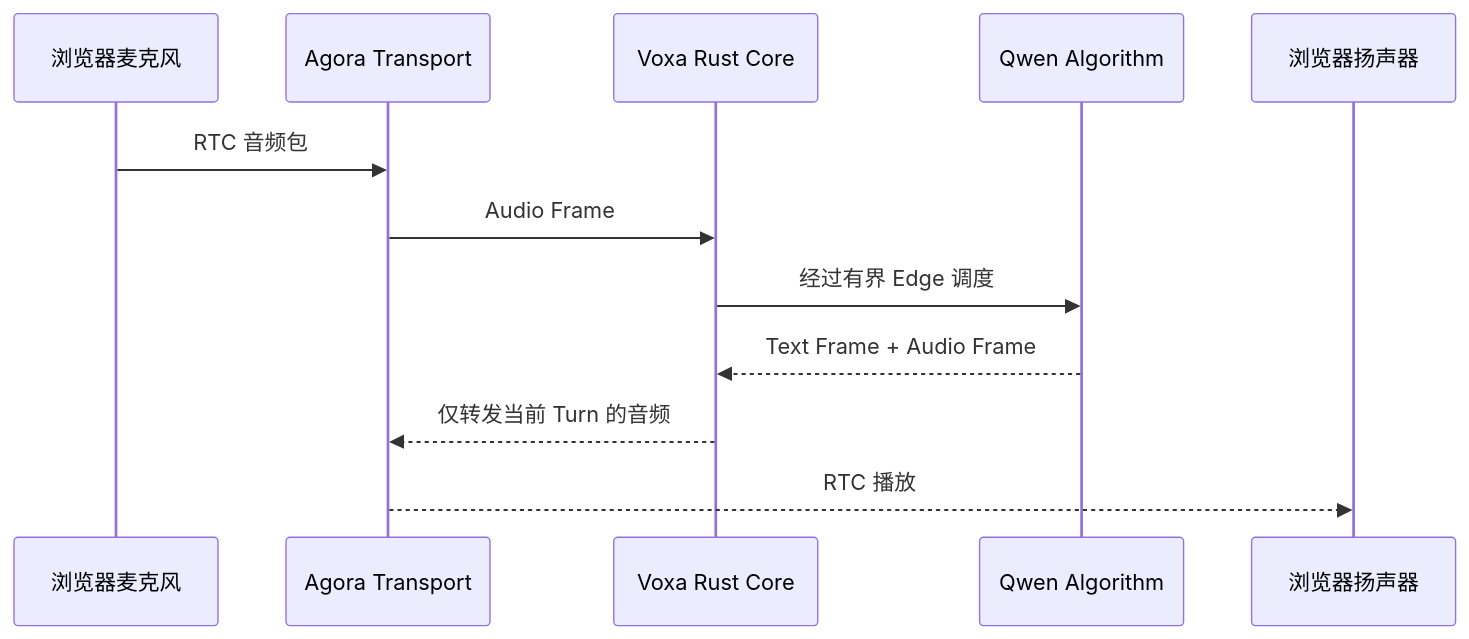
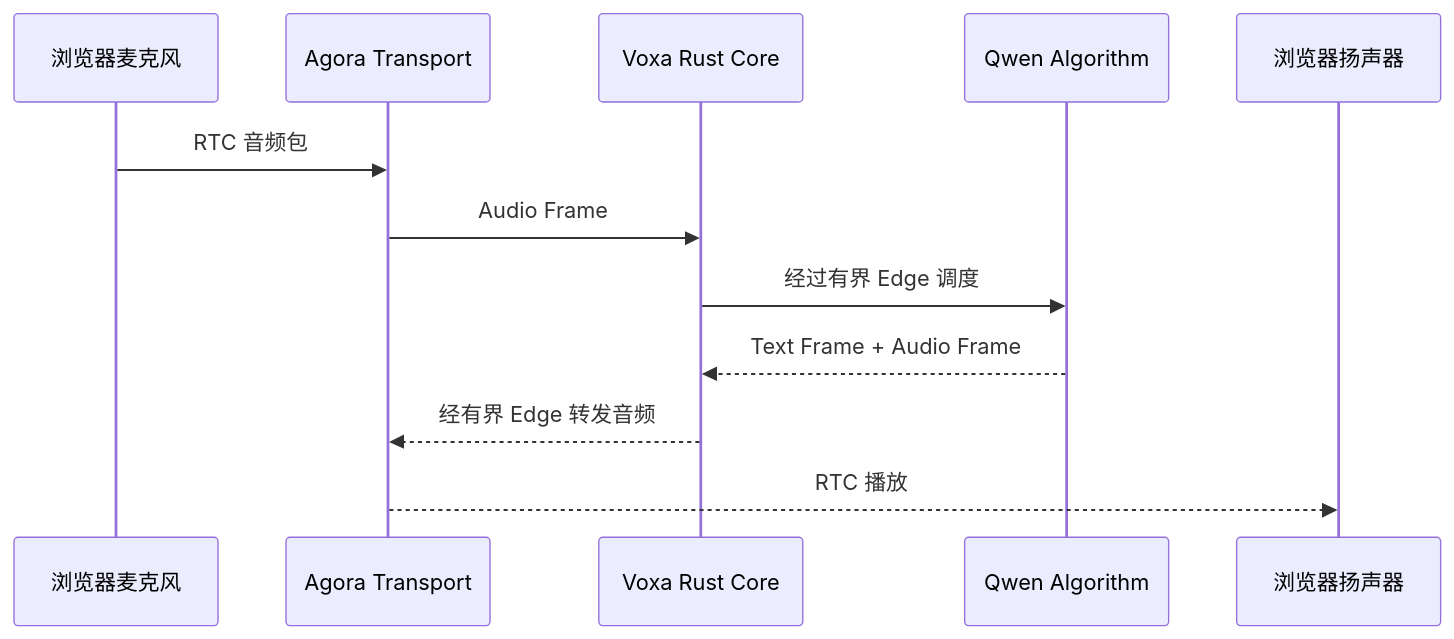
The second of 2 diagrams in docs/site/zh/concepts.md (PiyotaHu/Voxa), drawn with Mermaid before and after one commit. The commit also changed other lines of this file and 105 other files, not shown here.

````diff
--- a/docs/site/zh/concepts.md
+++ b/docs/site/zh/concepts.md
@@ -80,15 +81,15 @@
 ```mermaid
 sequenceDiagram
     participant Browser as 浏览器麦克风
     participant Agora as Agora Transport
     participant Core as Voxa Rust Core
     participant Qwen as Qwen Algorithm
     participant Speaker as 浏览器扬声器
 
     Browser->>Agora: RTC 音频包
     Agora->>Core: Audio Frame
     Core->>Qwen: 经过有界 Edge 调度
     Qwen-->>Core: Text Frame + Audio Frame
-    Core-->>Agora: 仅转发当前 Turn 的音频
+    Core-->>Agora: 经有界 Edge 转发音频
     Agora-->>Speaker: RTC 播放
 ```
````
